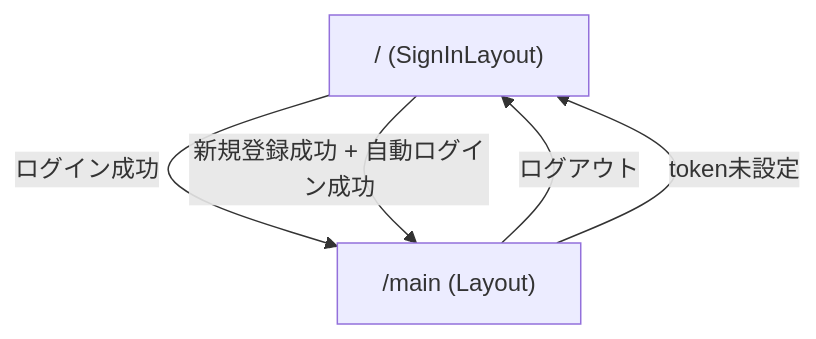
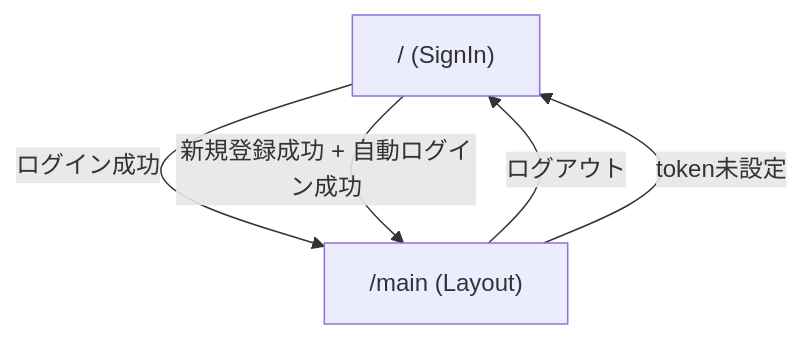
One commit to Hazakura2024/micro-post changed the diagram in docs/05_ui_design.md. Above: the diagram before and after it, drawn with Mermaid. The commit also changed other lines of this file and 4 other files, not shown here.

````diff
--- a/docs/05_ui_design.md
+++ b/docs/05_ui_design.md
@@ -24,7 +23,7 @@
 ```mermaid
 flowchart TD
-    A["/ (SignInLayout)"] -->|ログイン成功| B["/main (Layout)"]
-        A -->|新規登録成功 + 自動ログイン成功| B
-        B -->|ログアウト| A
-        B -->|token未設定| A
+    A["/ (SignIn)"] -->|ログイン成功| B["/main (Layout)"]
+    A -->|新規登録成功 + 自動ログイン成功| B
+    B -->|ログアウト| A
+    B -->|token未設定| A
 ```
````
